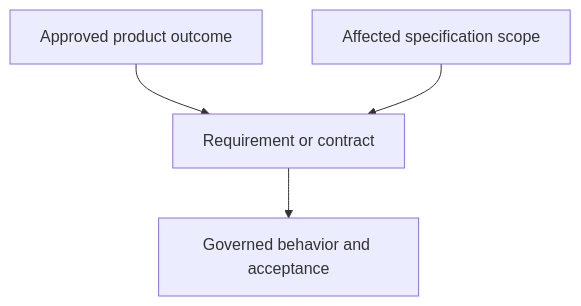
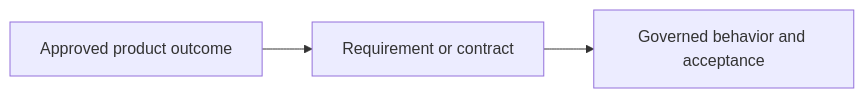
One commit to WD-Mitchell/which-model changed the diagram in .github/PULL_REQUEST_TEMPLATE/specification.md. Above: the diagram before and after it, drawn with Mermaid. The commit also changed other lines of this file and 4 other files, not shown here.

Commit message:
docs(templates): lay out short Mermaid diagrams horizontally

````diff
--- a/.github/PULL_REQUEST_TEMPLATE/specification.md
+++ b/.github/PULL_REQUEST_TEMPLATE/specification.md
@@ -10,10 +10,8 @@
 ```mermaid
-flowchart TD
+flowchart LR
   request[Approved product outcome]
-  scope[Affected specification scope]
   contract[Requirement or contract]
   behavior[Governed behavior and acceptance]
   request --> contract
-  scope --> contract
   contract --> behavior
 ```
````
